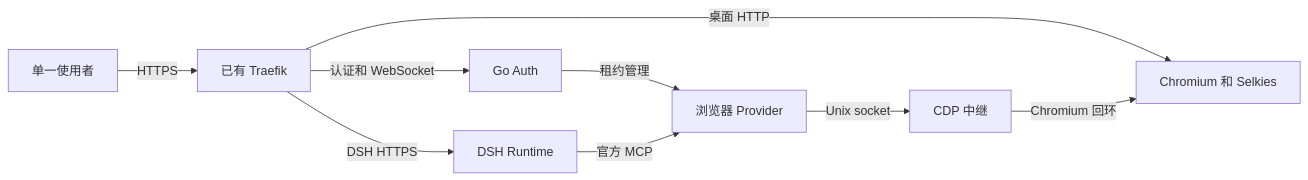
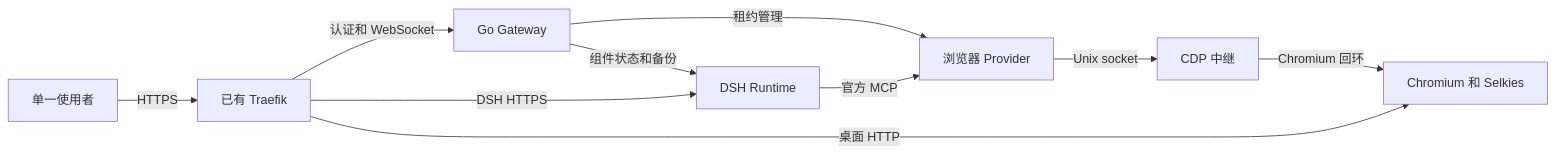
One commit to sagehou/dsh-workstation changed the diagram in docs/ARCHITECTURE.zh-CN.md. Above: the diagram before and after it, drawn with Mermaid. The commit also changed other lines of this file and 42 other files, not shown here.

````diff
--- a/docs/ARCHITECTURE.zh-CN.md
+++ b/docs/ARCHITECTURE.zh-CN.md
@@ -26,11 +26,12 @@
 ```mermaid
 flowchart LR
     Person["单一使用者"] -->|"HTTPS"| Edge["已有 Traefik"]
-    Edge -->|"认证和 WebSocket"| Auth["Go Auth"]
+    Edge -->|"认证和 WebSocket"| Gateway["Go Gateway"]
     Edge -->|"DSH HTTPS"| DSH["DSH Runtime"]
     Edge -->|"桌面 HTTP"| Browser["Chromium 和 Selkies"]
-    Auth -->|"租约管理"| Provider["浏览器 Provider"]
+    Gateway -->|"租约管理"| Provider["浏览器 Provider"]
+    Gateway -->|"组件状态和备份"| DSH
     DSH -->|"官方 MCP"| Provider
     Provider -->|"Unix socket"| Relay["CDP 中继"]
     Relay -->|"Chromium 回环"| Browser
 ```
````
